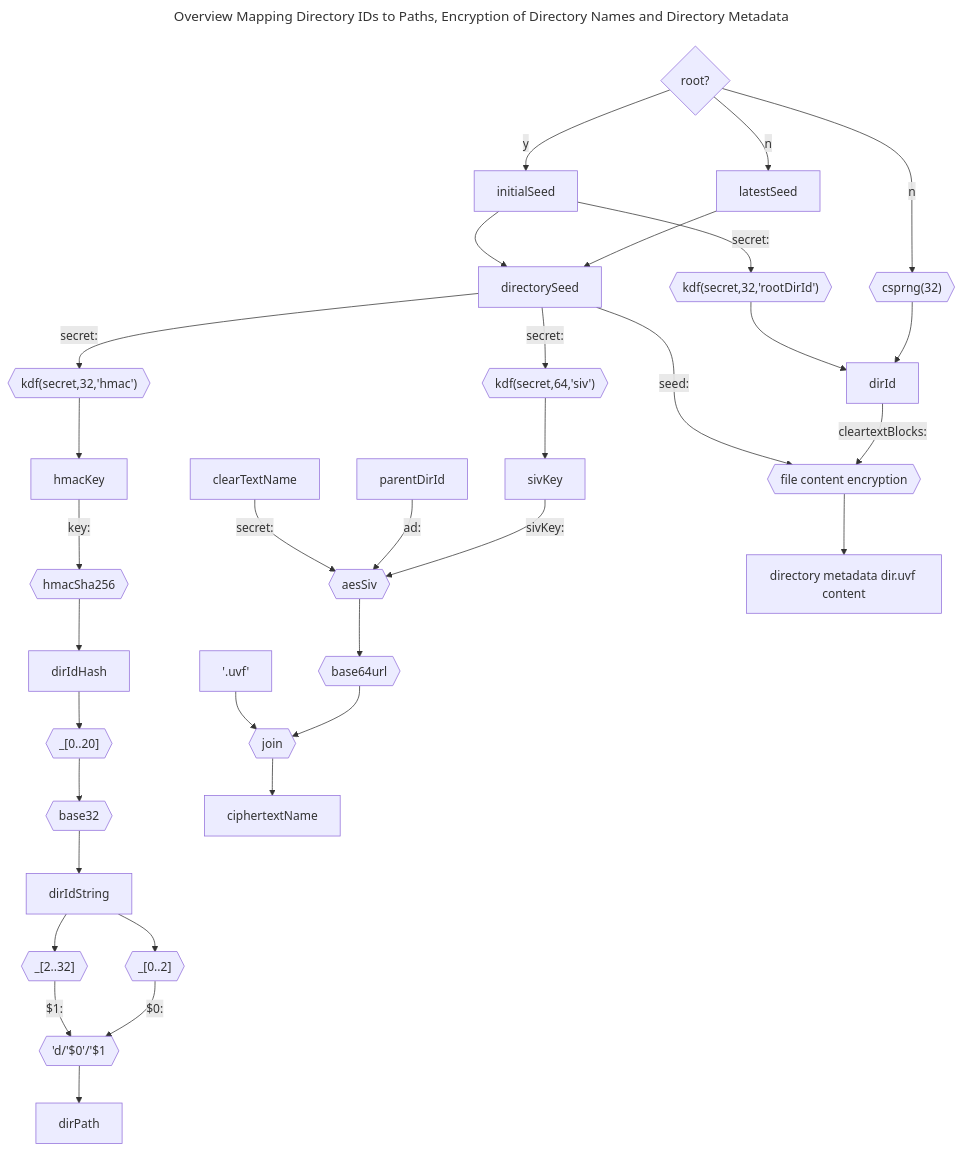
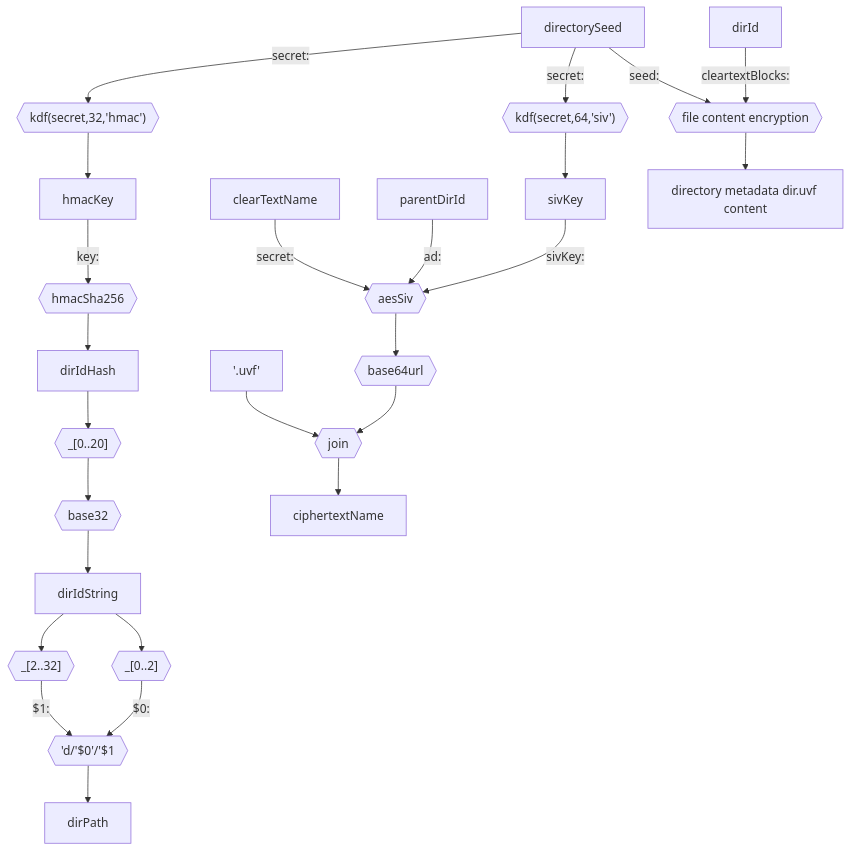
One commit to encryption-alliance/unified-vault-format changed the second of 2 diagrams in file name encryption/AES-SIV-512-B64URL.md. Above: the diagram before and after it, drawn with Mermaid.

Commit message:
Split mermaids for digestibility.

````diff
--- a/file name encryption/AES-SIV-512-B64URL.md
+++ b/file name encryption/AES-SIV-512-B64URL.md
@@ -82,55 +209,41 @@
 ```mermaid
----
-title: Overview Mapping Directory IDs to Paths, Encryption of Directory Names and Directory Metadata
----
 flowchart TD
-    decision{root?}
-    decision -->|n| latestSeed
-    decision -->|n| csprng32
-    decision -->|y| initialSeed
-    latestSeed --> directorySeed
-    csprng32 --> dirId
-    csprng32{{"csprng(32)"}}
-    initialSeed --> directorySeed
-    initialSeed -->|secret:| kdfRootDirId
-    kdfRootDirId{{"kdf(secret,32,'rootDirId')"}}
-    kdfRootDirId --> dirId
-    directorySeed -->|secret:| kdfSiv
-    kdfSiv{{"kdf(secret,64,'siv')"}}
-    kdfSiv --> sivKey
-    directorySeed -->|secret:| kdfHmac
-    kdfHmac{{"kdf(secret,32,'hmac')"}}
-    kdfHmac --> hmacKey
-    hmacKey -->|key:| hmacSha256
-    hmacSha256{{hmacSha256}}
-    hmacSha256 --> dirIdHash
-    dirIdHash --> truncate
-    truncate{{"_[0..20]"}}
-    truncate --> base32
-    base32{{base32}}
-    base32 --> dirIdString
-    dirIdString --> head
-    head{{"_[0..2]"}}
-    dirIdString --> tail
-    tail{{"_[2..32]"}}
-    head -->|$0:| pattern
-    tail -->|$1:| pattern
-    pattern{{"'d/'$0'/'$1"}}
-    pattern --> dirPath
-    sivKey -->|sivKey:| aesSiv
-    aesSiv{{aesSiv}}
-    parentDirId -->|ad:| aesSiv
-    clearTextName -->|secret:| aesSiv
-    aesSiv --> base64Url
-    base64Url{{base64url}}
-    base64Url --> join
-    uvf --> join
-    uvf["'.uvf'"]
-    join{{"join"}}
-    join --> ciphertextName
-    dirId -->|cleartextBlocks:| fileContentEncryption
-    fileContentEncryption{{file content encryption}}
-    directorySeed -->|seed:| fileContentEncryption
-    fileContentEncryption --> dirUvf
-    dirUvf["directory metadata dir.uvf content"]
+   directorySeed -->|secret:| kdfSiv
+   kdfSiv{{"kdf(secret,64,'siv')"}}
+   kdfSiv --> sivKey
+   directorySeed -->|secret:| kdfHmac
+   kdfHmac{{"kdf(secret,32,'hmac')"}}
+   kdfHmac --> hmacKey
+   hmacKey -->|key:| hmacSha256
+   hmacSha256{{hmacSha256}}
+   hmacSha256 --> dirIdHash
+   dirIdHash --> truncate
+   truncate{{"_[0..20]"}}
+   truncate --> base32
+   base32{{base32}}
+   base32 --> dirIdString
+   dirIdString --> head
+   head{{"_[0..2]"}}
+   dirIdString --> tail
+   tail{{"_[2..32]"}}
+   head -->|$0:| pattern
+   tail -->|$1:| pattern
+   pattern{{"'d/'$0'/'$1"}}
+   pattern --> dirPath
+   sivKey -->|sivKey:| aesSiv
+   aesSiv{{aesSiv}}
+   parentDirId -->|ad:| aesSiv
+   clearTextName -->|secret:| aesSiv
+   aesSiv --> base64Url
+   base64Url{{base64url}}
+   base64Url --> join
+   uvf --> join
+   uvf["'.uvf'"]
+   join{{"join"}}
+   join --> ciphertextName
+   dirId -->|cleartextBlocks:| fileContentEncryption
+   fileContentEncryption{{file content encryption}}
+   directorySeed -->|seed:| fileContentEncryption
+   fileContentEncryption --> dirUvf
+   dirUvf["directory metadata dir.uvf content"]
 ```
````
